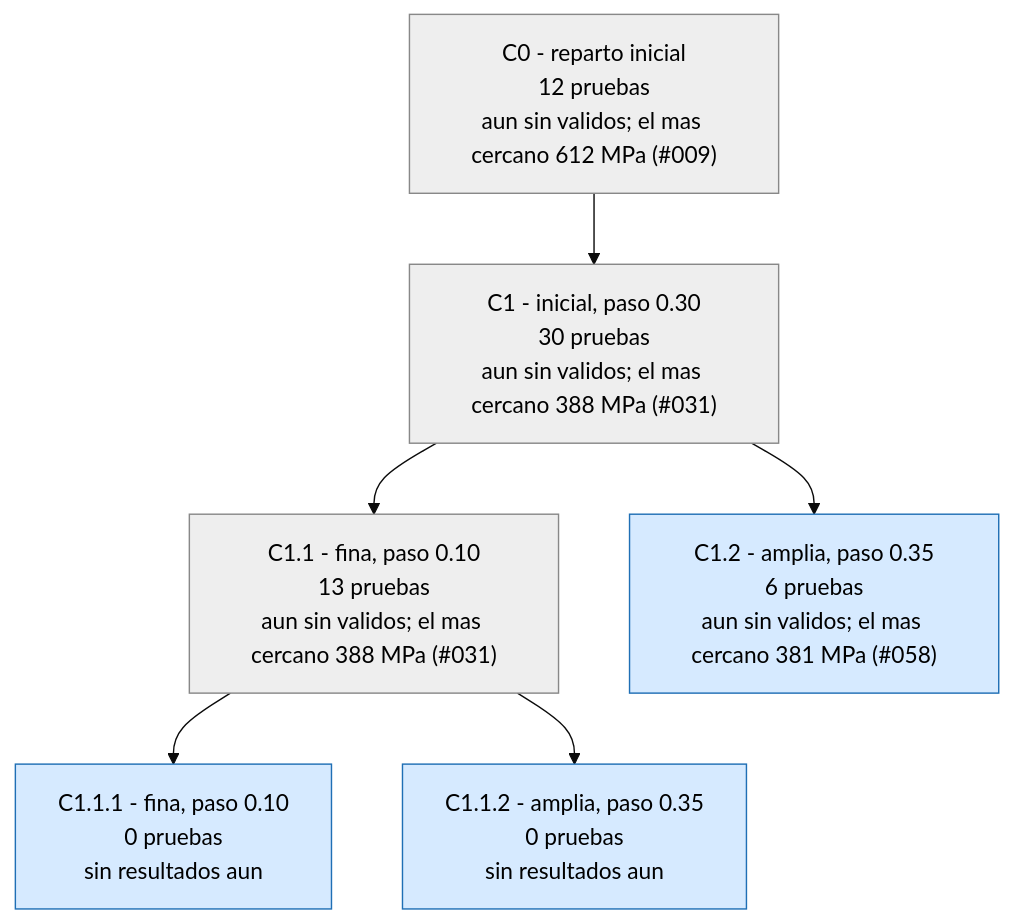
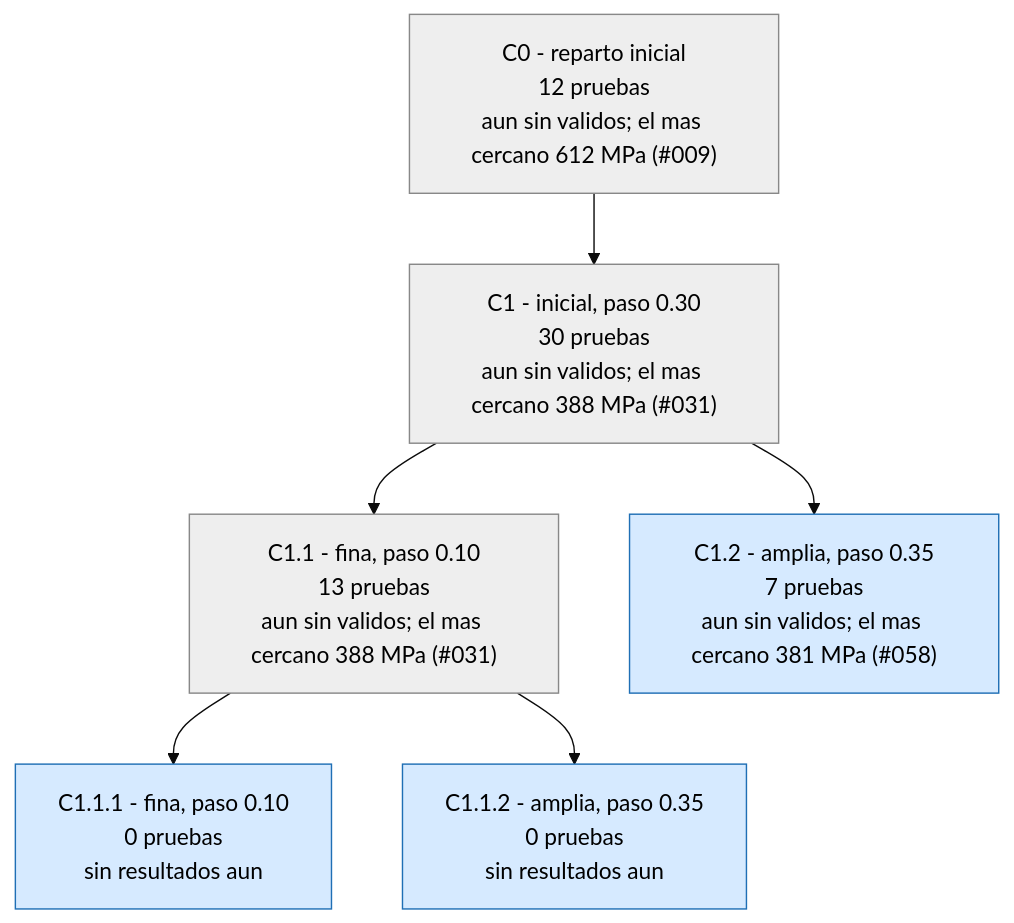
The third of 3 diagrams in runs/opt_37800N/ARBOL.md (Hugiko/msd-soporte-optimizacion), drawn with Mermaid (base theme) before and after one commit. The commit also changed 19 other files, not shown here.

````diff
--- a/runs/opt_37800N/ARBOL.md
+++ b/runs/opt_37800N/ARBOL.md
@@ -65,17 +65,17 @@
 ```mermaid
 graph TD
 classDef activa fill:#d6eaff,stroke:#1f6fb5,color:#000
 classDef fin fill:#eeeeee,stroke:#888,color:#000
 classDef mejor fill:#c8f0c0,stroke:#1a9850,stroke-width:4px,color:#000
 C0["C0 - reparto inicial<br/>12 pruebas<br/>aun sin validos; el mas cercano 612 MPa (#009)"]:::fin
 C1["C1 - inicial, paso 0.30<br/>30 pruebas<br/>aun sin validos; el mas cercano 388 MPa (#031)"]:::fin
 C0 --> C1
 C1_1["C1.1 - fina, paso 0.10<br/>13 pruebas<br/>aun sin validos; el mas cercano 388 MPa (#031)"]:::fin
 C1 --> C1_1
-C1_2["C1.2 - amplia, paso 0.35<br/>6 pruebas<br/>aun sin validos; el mas cercano 381 MPa (#058)"]:::activa
+C1_2["C1.2 - amplia, paso 0.35<br/>7 pruebas<br/>aun sin validos; el mas cercano 381 MPa (#058)"]:::activa
 C1 --> C1_2
 C1_1_1["C1.1.1 - fina, paso 0.10<br/>0 pruebas<br/>sin resultados aun"]:::activa
 C1_1 --> C1_1_1
 C1_1_2["C1.1.2 - amplia, paso 0.35<br/>0 pruebas<br/>sin resultados aun"]:::activa
 C1_1 --> C1_1_2
 ```
````
